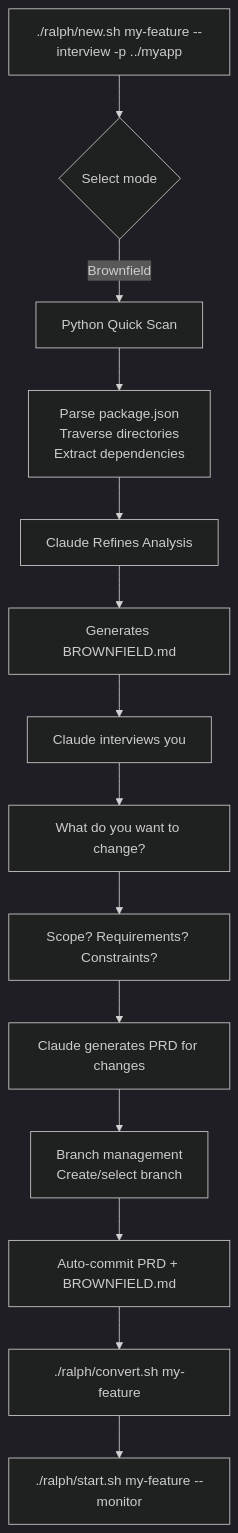
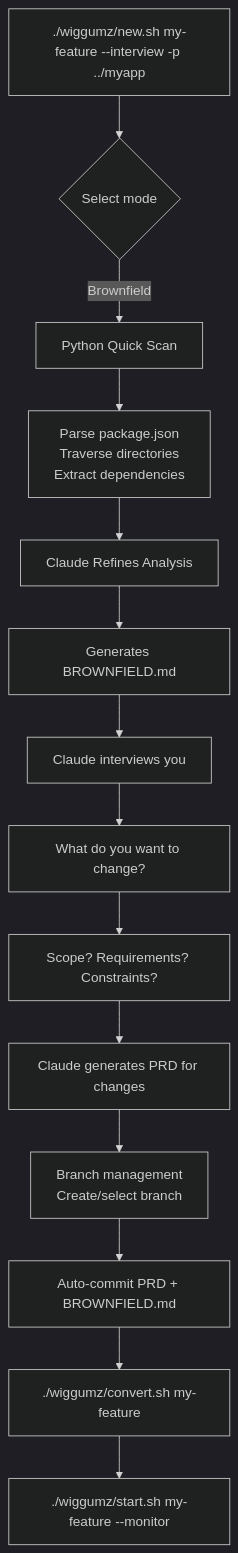
The third of 3 diagrams in README.md (mjtechguy/wiggumz), drawn with Mermaid (dark theme) before and after one commit. The commit also changed other lines of this file and 2 other files, not shown here.

First line of the commit message:
feat: rename to Wiggumz

````diff
--- a/README.md
+++ b/README.md
@@ -93,16 +93,16 @@
 ```mermaid
 flowchart TD
-    A[./ralph/new.sh my-feature --interview -p ../myapp] --> B{Select mode}
+    A[./wiggumz/new.sh my-feature --interview -p ../myapp] --> B{Select mode}
     B -->|Brownfield| C[Python Quick Scan]
     C --> D[Parse package.json<br/>Traverse directories<br/>Extract dependencies]
     D --> E[Claude Refines Analysis]
     E --> F[Generates BROWNFIELD.md]
     F --> G[Claude interviews you]
     G --> H[What do you want to change?]
     H --> I[Scope? Requirements? Constraints?]
     I --> J[Claude generates PRD for changes]
     J --> K[Branch management<br/>Create/select branch]
     K --> L[Auto-commit PRD + BROWNFIELD.md]
-    L --> M[./ralph/convert.sh my-feature]
-    M --> N[./ralph/start.sh my-feature --monitor]
+    L --> M[./wiggumz/convert.sh my-feature]
+    M --> N[./wiggumz/start.sh my-feature --monitor]
 ```
````
